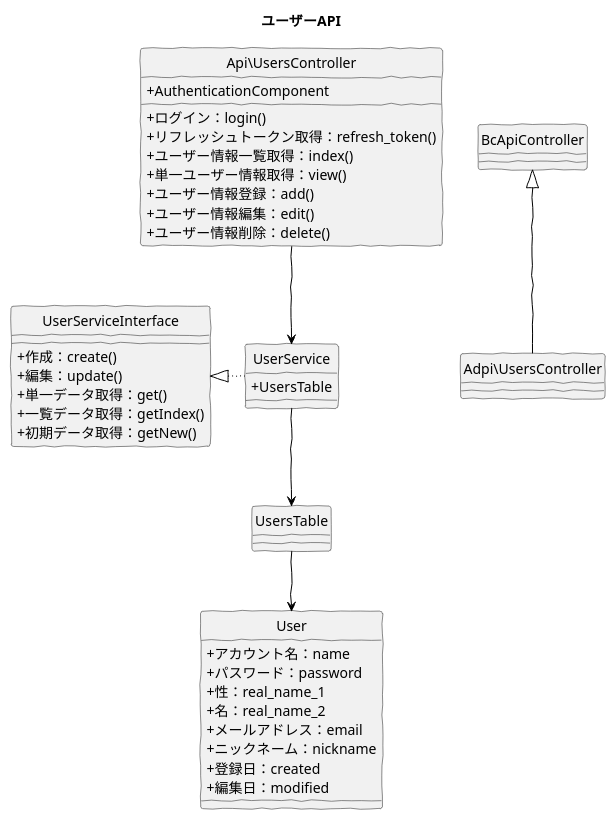
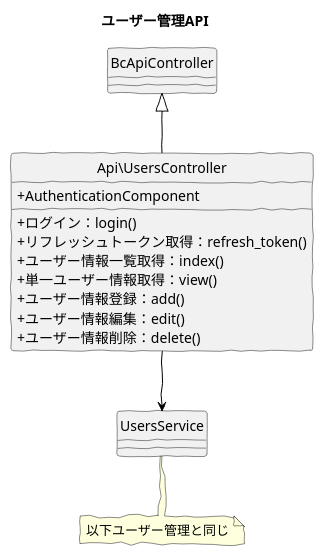
One commit to baserproject/baserproject.github.io changed the diagram in src/puml/5/ucmitz/svg/class/api_users.puml. Above: the diagram before and after it, drawn with PlantUML. The commit also changed 9 other files, not shown here.

Commit message:
ユーザーグループ管理APIのクラス図を追加

```diff
--- a/src/puml/5/ucmitz/svg/class/api_users.puml
+++ b/src/puml/5/ucmitz/svg/class/api_users.puml
@@ -1,52 +1,26 @@
 @startuml
 skinparam handwritten true
 skinparam backgroundColor white
 hide circle
 skinparam classAttributeIconSize 0
 
-title ユーザーAPI
+title ユーザー管理API
 
 class Api\UsersController {
   + AuthenticationComponent
   + ログイン：login()
   + リフレッシュトークン取得：refresh_token()
   + ユーザー情報一覧取得：index()
   + 単一ユーザー情報取得：view()
   + ユーザー情報登録：add()
   + ユーザー情報編集：edit()
   + ユーザー情報削除：delete()
 }
 
-class UserService {
-  + UsersTable
-}
+Api\UsersController -down[#Black]-> UsersService
+Api\UsersController -up[#Black]-|> BcApiController
 
-class UserServiceInterface {
-  + 作成：create()
-  + 編集：update()
-  + 単一データ取得：get()
-  + 一覧データ取得：getIndex()
-  + 初期データ取得：getNew()
-}
-
-class UsersTable {
-}
-
-class User {
-   + アカウント名：name
-   + パスワード：password
-   + 性：real_name_1
-   + 名：real_name_2
-   + メールアドレス：email
-   + ニックネーム：nickname
-   + 登録日：created
-   + 編集日：modified
-}
-
-Api\UsersController -down[#Black]-> UserService
-Adpi\UsersController -up[#Black]-|> BcApiController
-UserService -left[dotted,#Black]-|> UserServiceInterface
-UserService -down[#Black]-> UsersTable
-UsersTable -down[#Black]-> User
+note "以下ユーザー管理と同じ" as note
+UsersService .. note
 
 @enduml
```
